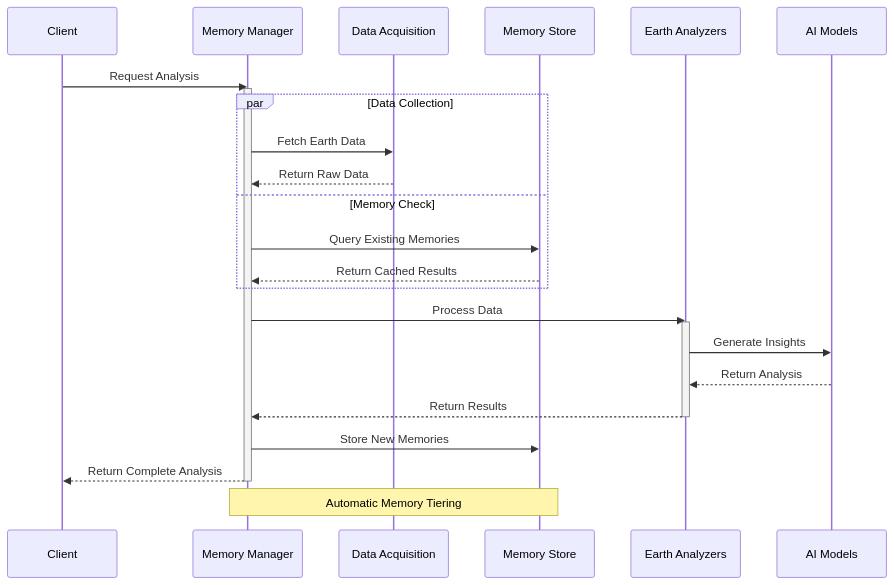
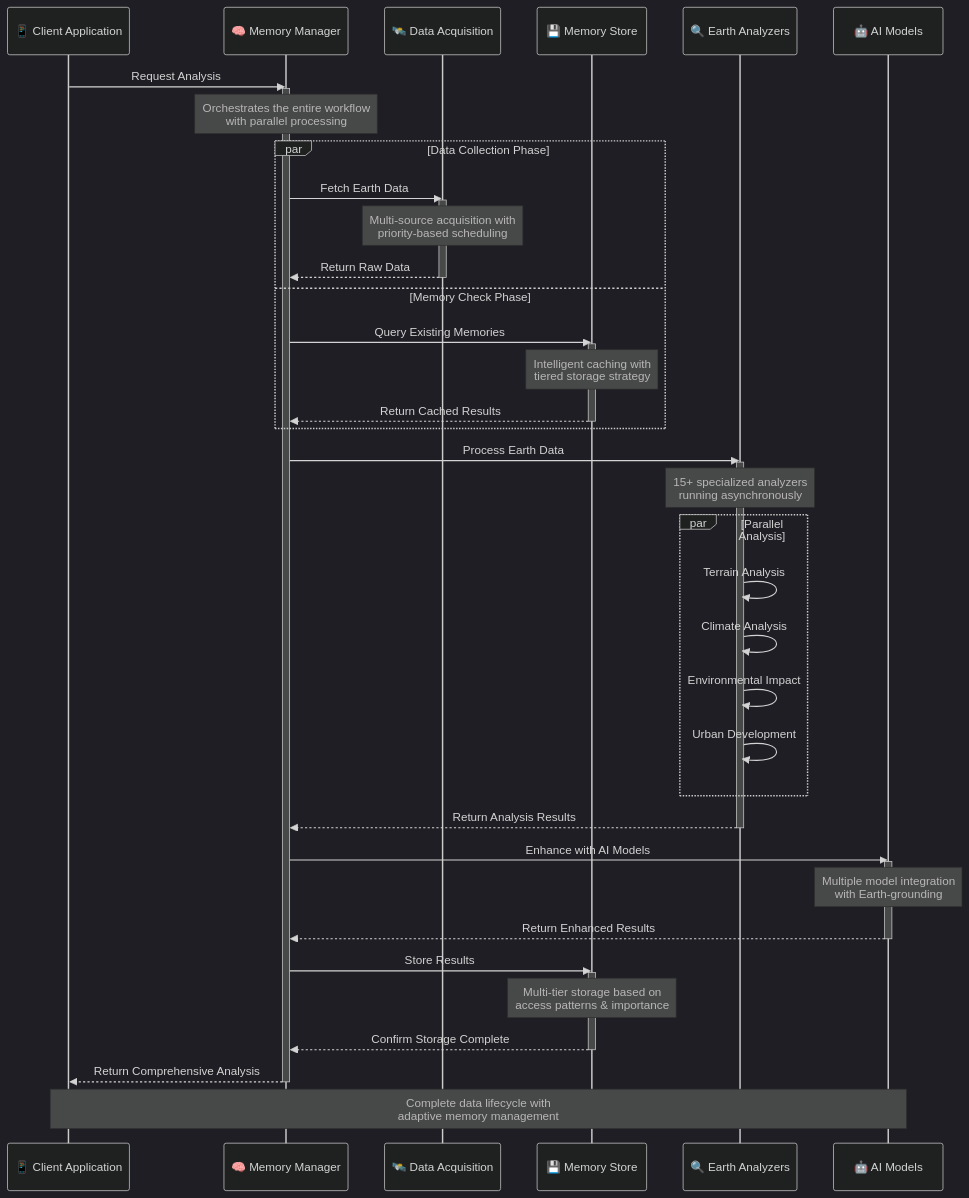
One commit to Vortx-AI/memories-dev changed the fourth of 11 diagrams in README.md. Above: the diagram before and after it, drawn with Mermaid. The commit also changed other lines of this file and 2 other files, not shown here.

Commit message:
Enhanced data flow architecture in README and added detailed data flow documentation

````diff
--- a/README.md
+++ b/README.md
@@ -122,33 +229,59 @@
 ```mermaid
+%%{init: {'theme': 'dark', 'themeVariables': { 'primaryColor': '#1e293b', 'primaryTextColor': '#ffffff', 'primaryBorderColor': '#334155', 'lineColor': '#60a5fa', 'secondaryColor': '#10b981', 'tertiaryColor': '#3b82f6'}}}%%
 sequenceDiagram
-    participant C as Client
-    participant MM as Memory Manager
-    participant DA as Data Acquisition
-    participant MS as Memory Store
-    participant EA as Earth Analyzers
-    participant AI as AI Models
+    participant Client as 📱 Client Application
+    participant MM as 🧠 Memory Manager
+    participant DA as 🛰️ Data Acquisition
+    participant MS as 💾 Memory Store
+    participant EA as 🔍 Earth Analyzers
+    participant AI as 🤖 AI Models
     
-    C->>MM: Request Analysis
+    Client->>MM: Request Analysis
     activate MM
+    Note over MM: Orchestrates the entire workflow<br/>with parallel processing
     
-    par Data Collection
+    par Data Collection Phase
         MM->>DA: Fetch Earth Data
+        activate DA
+        Note over DA: Multi-source acquisition with<br/>priority-based scheduling
         DA-->>MM: Return Raw Data
-    and Memory Check
+        deactivate DA
+    and Memory Check Phase
         MM->>MS: Query Existing Memories
+        activate MS
+        Note over MS: Intelligent caching with<br/>tiered storage strategy
         MS-->>MM: Return Cached Results
+        deactivate MS
     end
     
-    MM->>EA: Process Data
+    MM->>EA: Process Earth Data
     activate EA
-    EA->>AI: Generate Insights
-    AI-->>EA: Return Analysis
-    EA-->>MM: Return Results
+    Note over EA: 15+ specialized analyzers<br/>running asynchronously
+    
+    par Parallel Analysis
+        EA->>EA: Terrain Analysis
+        EA->>EA: Climate Analysis
+        EA->>EA: Environmental Impact
+        EA->>EA: Urban Development
+    end
+    
+    EA-->>MM: Return Analysis Results
     deactivate EA
     
-    MM->>MS: Store New Memories
-    MM-->>C: Return Complete Analysis
+    MM->>AI: Enhance with AI Models
+    activate AI
+    Note over AI: Multiple model integration<br/>with Earth-grounding
+    AI-->>MM: Return Enhanced Results
+    deactivate AI
+    
+    MM->>MS: Store Results
+    activate MS
+    Note over MS: Multi-tier storage based on<br/>access patterns & importance
+    MS-->>MM: Confirm Storage Complete
+    deactivate MS
+    
+    MM-->>Client: Return Comprehensive Analysis
     deactivate MM
     
-    Note over MM,MS: Automatic Memory Tiering
+    Note over Client,AI: Complete data lifecycle with<br/>adaptive memory management
 ```
````
